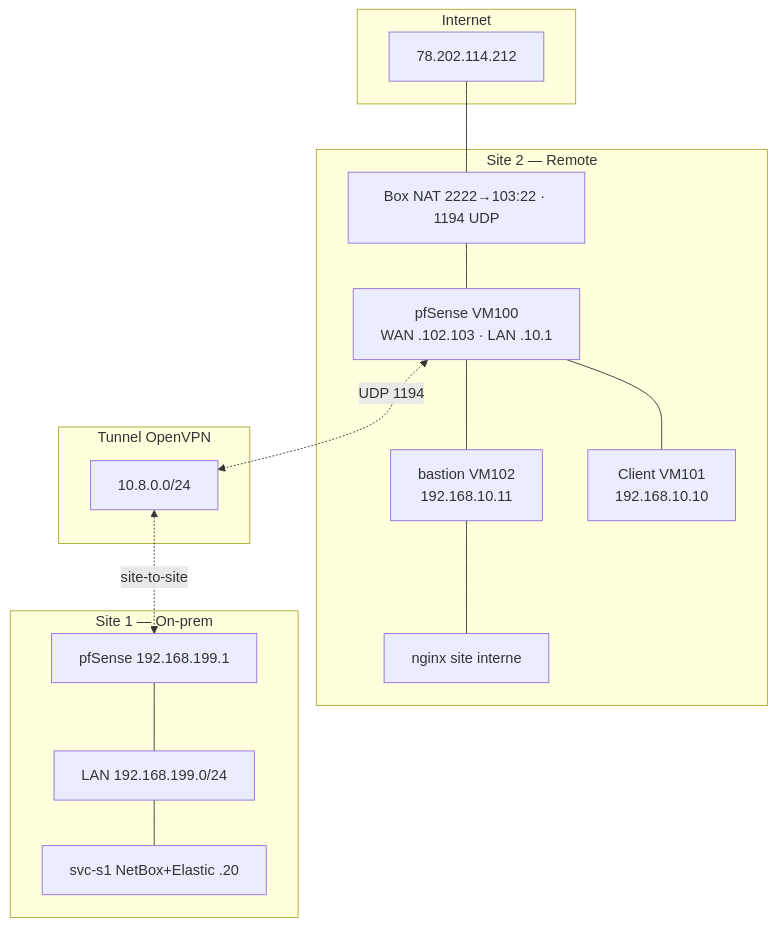
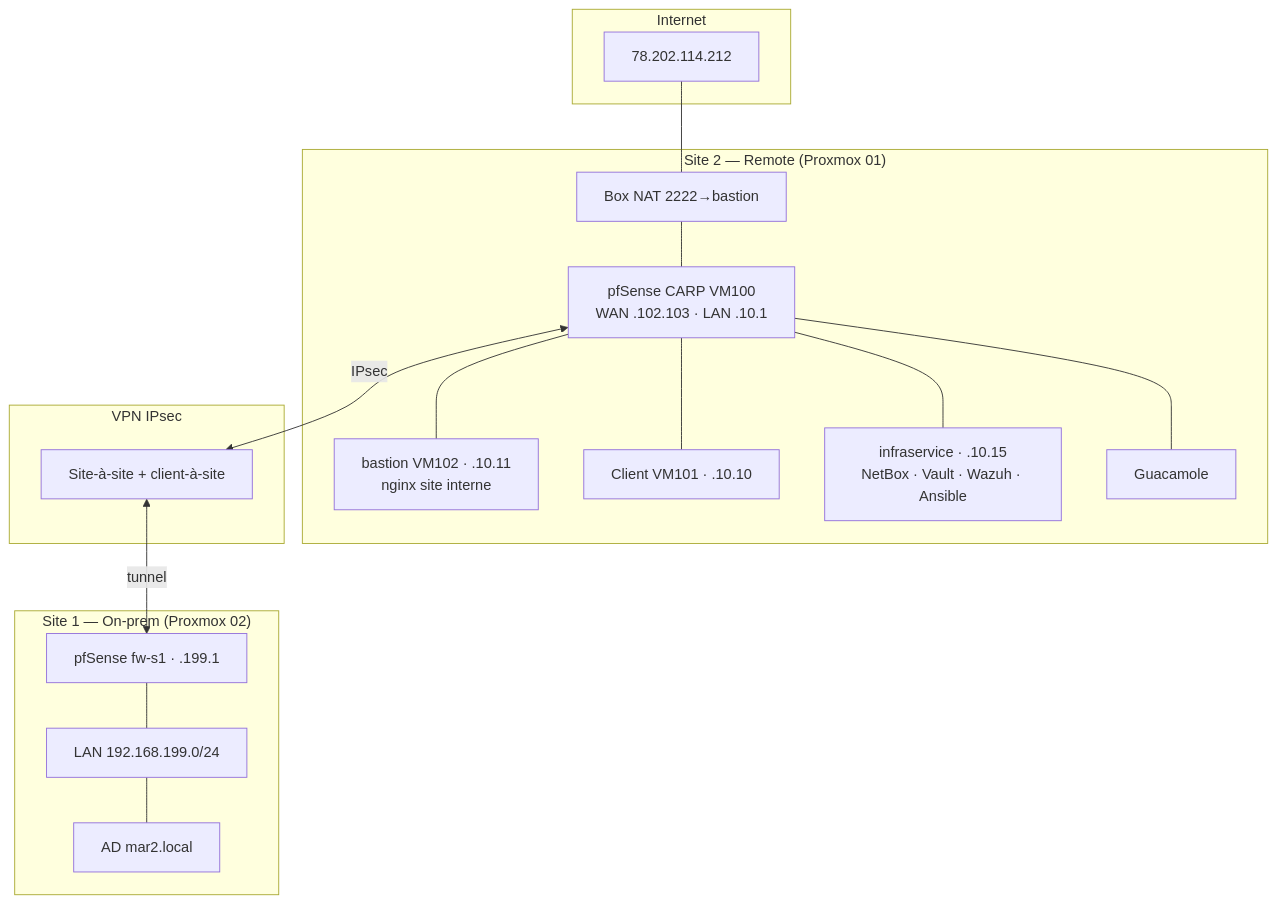
One commit to Meriem1403/T-NSA-810---CIA changed the diagram in docs/architecture.md. Above: the diagram before and after it, drawn with Mermaid. The commit also changed other lines of this file and 44 other files, not shown here.

````diff
--- a/docs/architecture.md
+++ b/docs/architecture.md
@@ -67,34 +87,36 @@
 ```mermaid
 flowchart TB
   subgraph Internet
-    PUB[78.202.114.212]
+    PUB["78.202.114.212"]
   end
 
-  subgraph S2["Site 2 — Remote"]
-    BOX[Box NAT 2222→103:22 · 1194 UDP]
-    PFS[pfSense VM100<br/>WAN .102.103 · LAN .10.1]
-    BAST[bastion VM102<br/>192.168.10.11]
-    WIN[Client VM101<br/>192.168.10.10]
-    NGX[nginx site interne]
-    BAST --- NGX
+  subgraph S2["Site 2 — Remote (Proxmox 01)"]
+    BOX["Box NAT 2222→bastion"]
+    PFS["pfSense CARP VM100<br/>WAN .102.103 · LAN .10.1"]
+    BAST["bastion VM102 · .10.11<br/>nginx site interne"]
+    WIN["Client VM101 · .10.10"]
+    INFRA["infraservice · .10.15<br/>NetBox · Vault · Wazuh · Ansible"]
+    GUAC["Guacamole"]
     PFS --- BAST
     PFS --- WIN
+    PFS --- INFRA
+    PFS --- GUAC
     BOX --- PFS
   end
 
-  subgraph VPN["Tunnel OpenVPN"]
-    TUN[10.8.0.0/24]
+  subgraph VPN["VPN IPsec"]
+    IPSEC["Site-à-site + client-à-site"]
   end
 
-  subgraph S1["Site 1 — On-prem"]
-    FW1[pfSense 192.168.199.1]
-    SVC[svc-s1 NetBox+Elastic .20]
-    LAN1[LAN 192.168.199.0/24]
+  subgraph S1["Site 1 — On-prem (Proxmox 02)"]
+    FW1["pfSense fw-s1 · .199.1"]
+    AD["AD mar2.local"]
+    LAN1["LAN 192.168.199.0/24"]
     FW1 --- LAN1
-    LAN1 --- SVC
+    LAN1 --- AD
   end
 
   PUB --- BOX
-  PFS <-.->|UDP 1194| TUN
-  TUN <-.->|site-to-site| FW1
+  PFS <-->|IPsec| IPSEC
+  IPSEC <-->|tunnel| FW1
 ```
````
